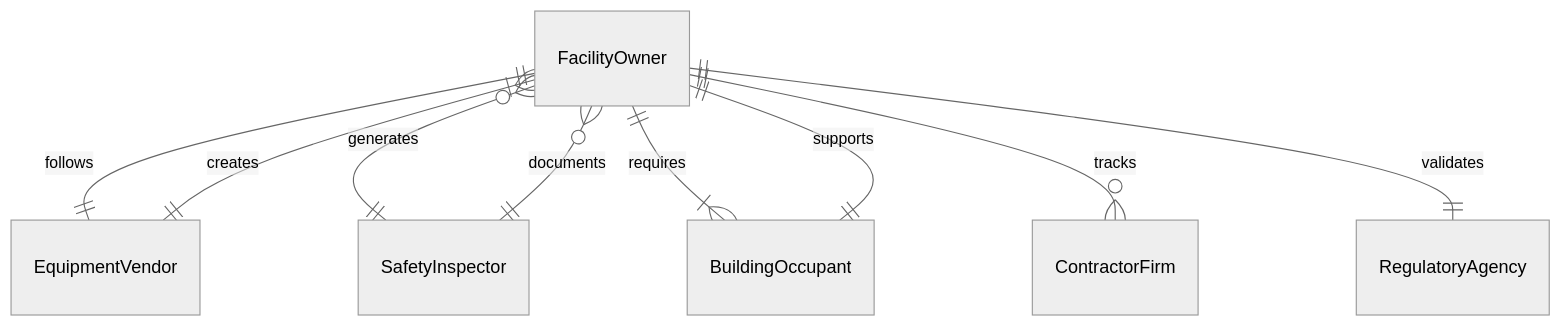
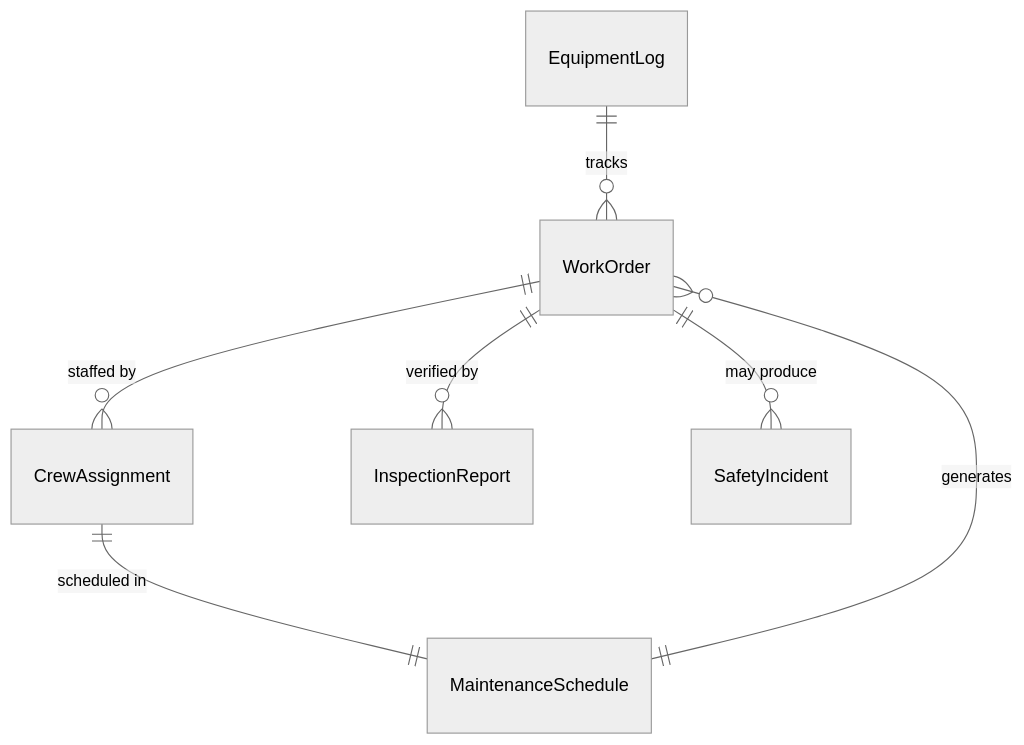
Before and after one commit to dot-org-ai/tasks.org.ai: the first of 4 diagrams in GuidingDirectingAndMotivatingSubordinates/SupervisePersonnelActivities/SuperviseMaintenanceWorkers.mdx, drawn with Mermaid (neutral theme). The commit also changed other lines of this file and 515 other files, not shown here.

````diff
--- a/GuidingDirectingAndMotivatingSubordinates/SupervisePersonnelActivities/SuperviseMaintenanceWorkers.mdx
+++ b/GuidingDirectingAndMotivatingSubordinates/SupervisePersonnelActivities/SuperviseMaintenanceWorkers.mdx
@@ -87,11 +87,9 @@
 ```mermaid
 erDiagram
-    FacilityOwner ||--|| EquipmentVendor : follows
-    FacilityOwner }o--|| SafetyInspector : generates
-    FacilityOwner ||--|{ BuildingOccupant : requires
-    FacilityOwner ||--o{ ContractorFirm : tracks
-    FacilityOwner ||--|| RegulatoryAgency : validates
-    EquipmentVendor ||--|{ FacilityOwner : creates
-    SafetyInspector ||--o{ FacilityOwner : documents
-    BuildingOccupant ||--|| FacilityOwner : supports
+    WorkOrder ||--o{ CrewAssignment : "staffed by"
+    MaintenanceSchedule ||--o{ WorkOrder : "generates"
+    WorkOrder ||--o{ InspectionReport : "verified by"
+    EquipmentLog ||--o{ WorkOrder : "tracks"
+    WorkOrder ||--o{ SafetyIncident : "may produce"
+    CrewAssignment ||--|| MaintenanceSchedule : "scheduled in"
 ```
````
